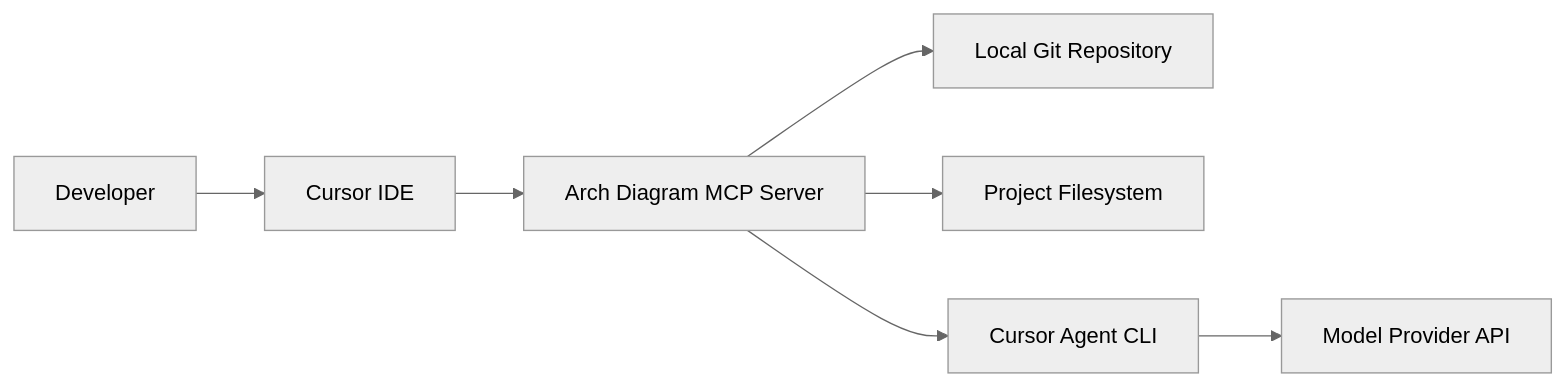
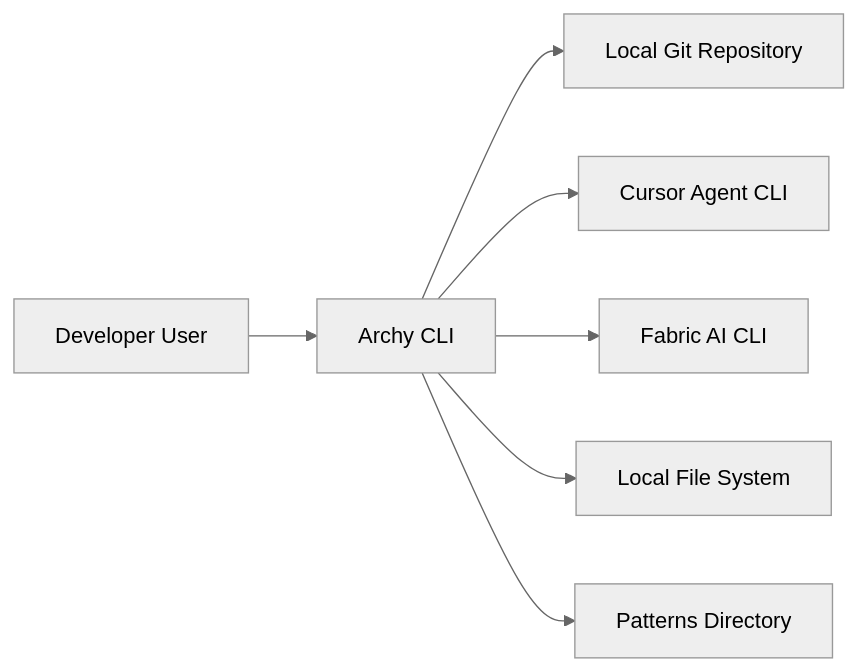
Before and after one commit to obzenner/archy: the first of 3 diagrams in arch.md, drawn with Mermaid (neutral theme). The commit also changed other lines of this file, not shown here.

Commit message:
chore: update arch

````diff
--- a/arch.md
+++ b/arch.md
@@ -70,17 +42,17 @@
 ```mermaid
 flowchart LR
-    Developer[Developer]
-    Cursor_IDE[Cursor IDE]
-    Arch_MCP_Server[Arch Diagram MCP Server]
-    Local_Git_Repo[Local Git Repository]
-    Project_FS[Project Filesystem]
-    Cursor_Agent_CLI[Cursor Agent CLI]
-    Model_Provider_API[Model Provider API]
+    Developer_User[Developer User]
+    Archy_CLI[Archy CLI]
+    Git_Repository[Local Git Repository]
+    CursorAgent_CLI[Cursor Agent CLI]
+    FabricAI_CLI[Fabric AI CLI]
+    Local_File_System[Local File System]
+    Patterns_Directory[Patterns Directory]
 
-    Developer --> Cursor_IDE
-    Cursor_IDE --> Arch_MCP_Server
-    Arch_MCP_Server --> Project_FS
-    Arch_MCP_Server --> Local_Git_Repo
-    Arch_MCP_Server --> Cursor_Agent_CLI
-    Cursor_Agent_CLI --> Model_Provider_API
+    Developer_User --> Archy_CLI
+    Archy_CLI --> Git_Repository
+    Archy_CLI --> CursorAgent_CLI
+    Archy_CLI --> FabricAI_CLI
+    Archy_CLI --> Local_File_System
+    Archy_CLI --> Patterns_Directory
 ```
````
